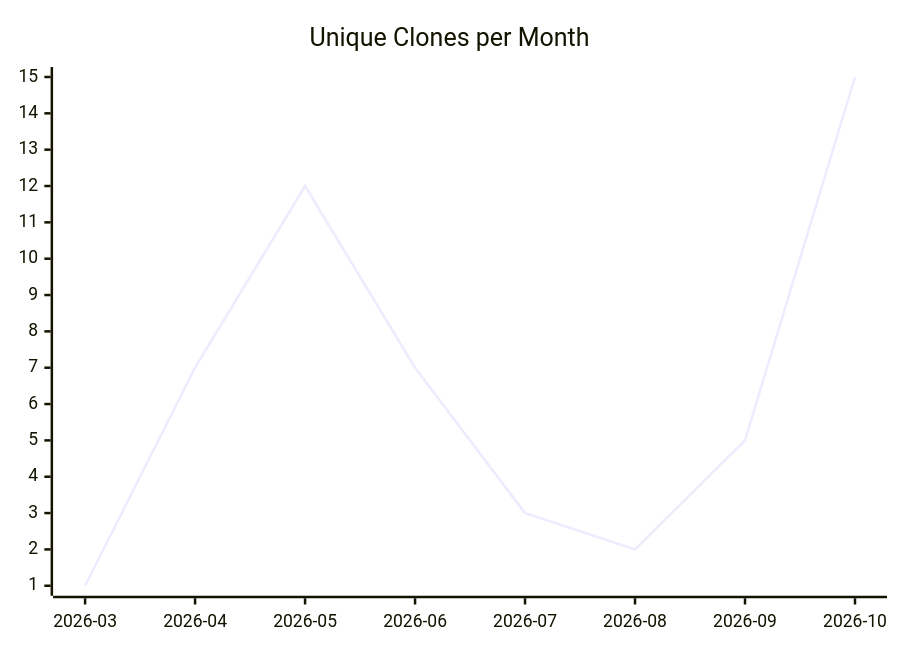
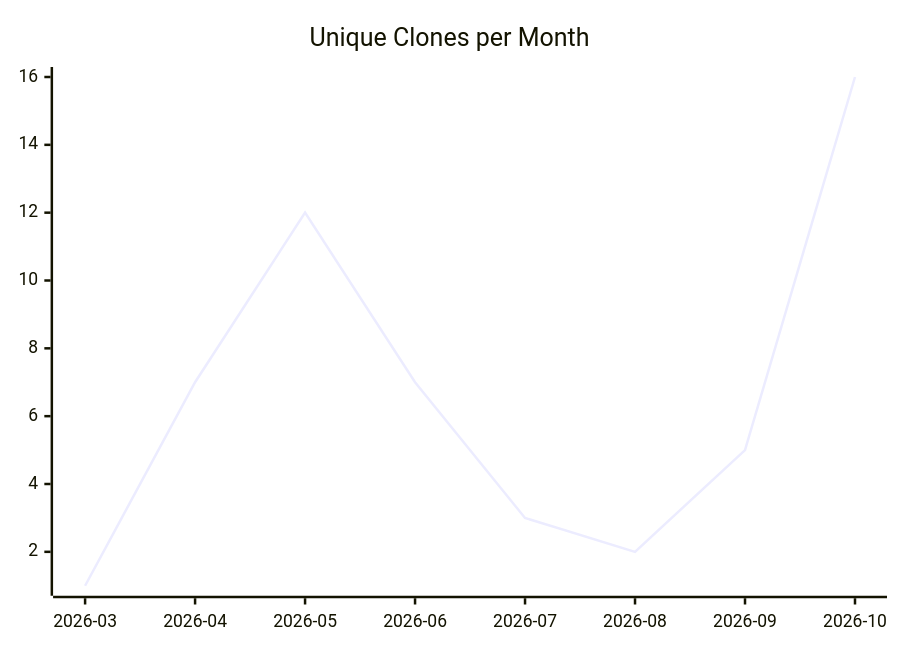
The third of 3 diagrams in karlmdavis/sample-maven-and-rcp/README.md (justdavis-family/github-analytics-data), drawn with Mermaid before and after one commit. The commit also changed other lines of this file and 202 other files, not shown here.

````diff
--- a/karlmdavis/sample-maven-and-rcp/README.md
+++ b/karlmdavis/sample-maven-and-rcp/README.md
@@ -19,6 +19,6 @@
 ```mermaid
 xychart-beta
   title "Unique Clones per Month"
   x-axis ["2026-03", "2026-04", "2026-05", "2026-06", "2026-07", "2026-08", "2026-09", "2026-10"]
-  line [1, 7, 12, 7, 3, 2, 5, 15]
+  line [1, 7, 12, 7, 3, 2, 5, 16]
 ```
````
